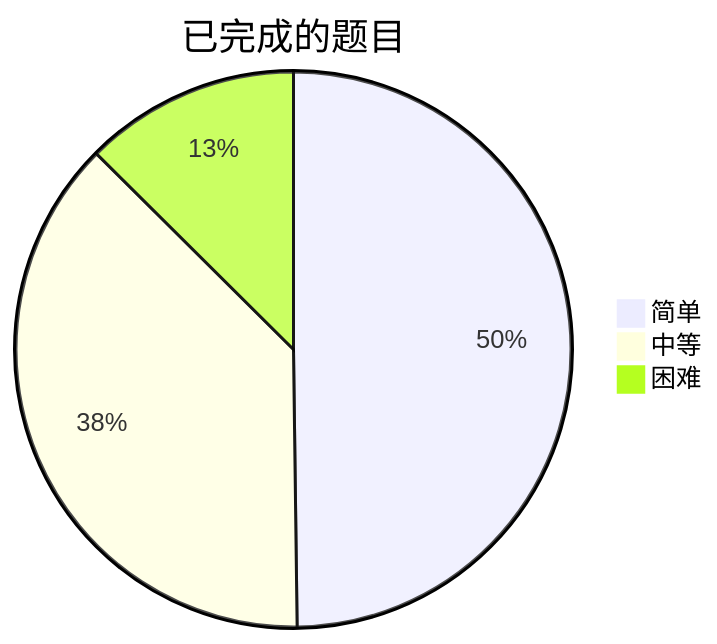
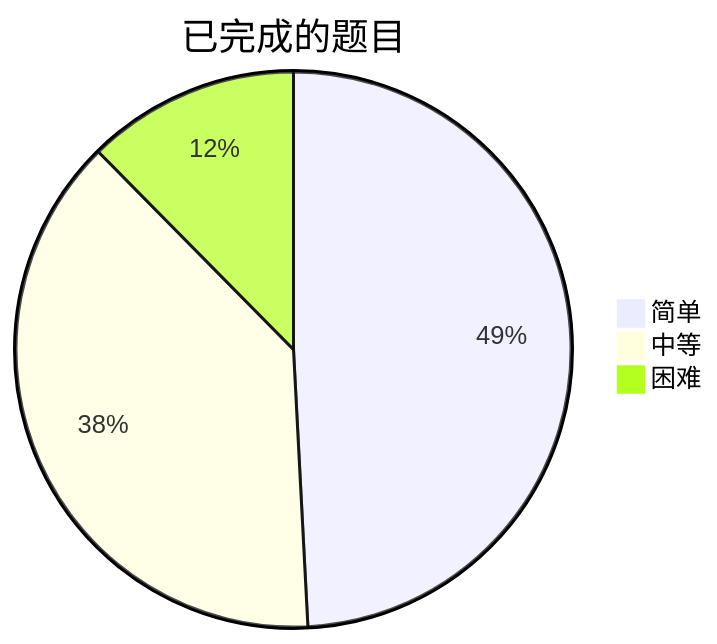
The diagram in README.md (kaisa911/LeetCode), drawn with Mermaid before and after one commit. The commit also changed other lines of this file and 19 other files, not shown here.

````diff
--- a/README.md
+++ b/README.md
@@ -8,7 +8,7 @@
 ```mermaid
 pie title 已完成的题目
     "简单" : 119
-    "中等" : 90
+    "中等" : 93
     "困难" : 30
 
 ```
````
